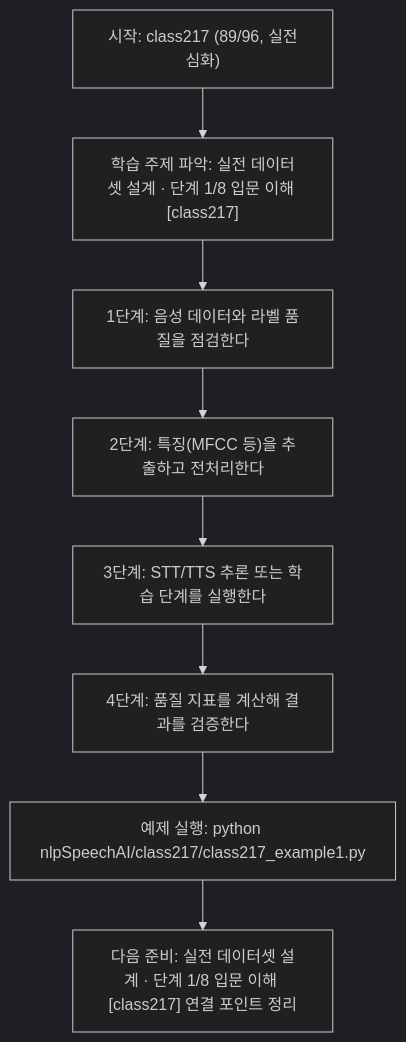
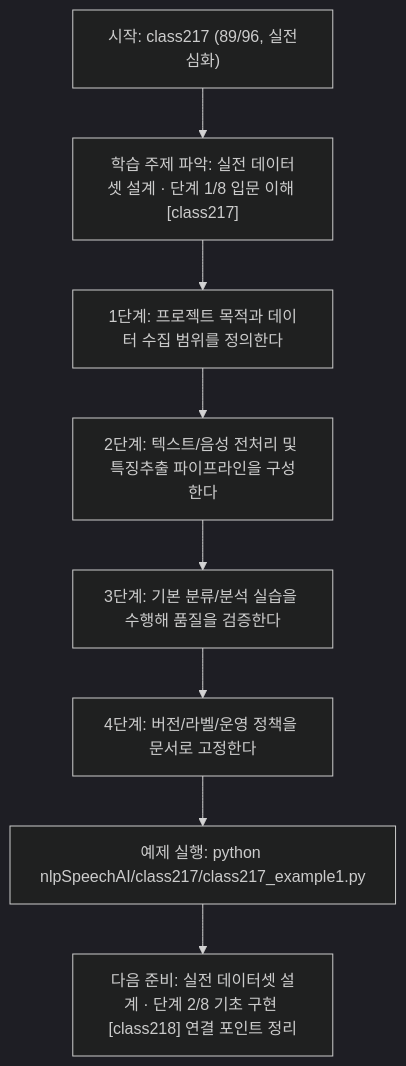
The diagram in nlpSpeechAI/class217/class217.md (edumgt/Python-AI_Agent-Class), drawn with Mermaid (dark theme) before and after one commit. The commit also changed other lines of this file and 1122 other files, not shown here.

````diff
--- a/nlpSpeechAI/class217/class217.md
+++ b/nlpSpeechAI/class217/class217.md
@@ -114,18 +95,18 @@
 ```mermaid
 flowchart TD
 N1["시작: class217 (89/96, 실전심화)"]
 N2["학습 주제 파악: 실전 데이터셋 설계 · 단계 1/8 입문 이해 [class217]"]
-N3["1단계: 음성 데이터와 라벨 품질을 점검한다"]
-N4["2단계: 특징(MFCC 등)을 추출하고 전처리한다"]
-N5["3단계: STT/TTS 추론 또는 학습 단계를 실행한다"]
-N6["4단계: 품질 지표를 계산해 결과를 검증한다"]
+N3["1단계: 프로젝트 목적과 데이터 수집 범위를 정의한다"]
+N4["2단계: 텍스트/음성 전처리 및 특징추출 파이프라인을 구성한다"]
+N5["3단계: 기본 분류/분석 실습을 수행해 품질을 검증한다"]
+N6["4단계: 버전/라벨/운영 정책을 문서로 고정한다"]
 N7["예제 실행: python nlpSpeechAI/class217/class217_example1.py"]
-N8["다음 준비: 실전 데이터셋 설계 · 단계 1/8 입문 이해 [class217] 연결 포인트 정리"]
+N8["다음 준비: 실전 데이터셋 설계 · 단계 2/8 기초 구현 [class218] 연결 포인트 정리"]
 N1 --> N2
 N2 --> N3
 N3 --> N4
 N4 --> N5
 N5 --> N6
 N6 --> N7
 N7 --> N8
 ```
````
